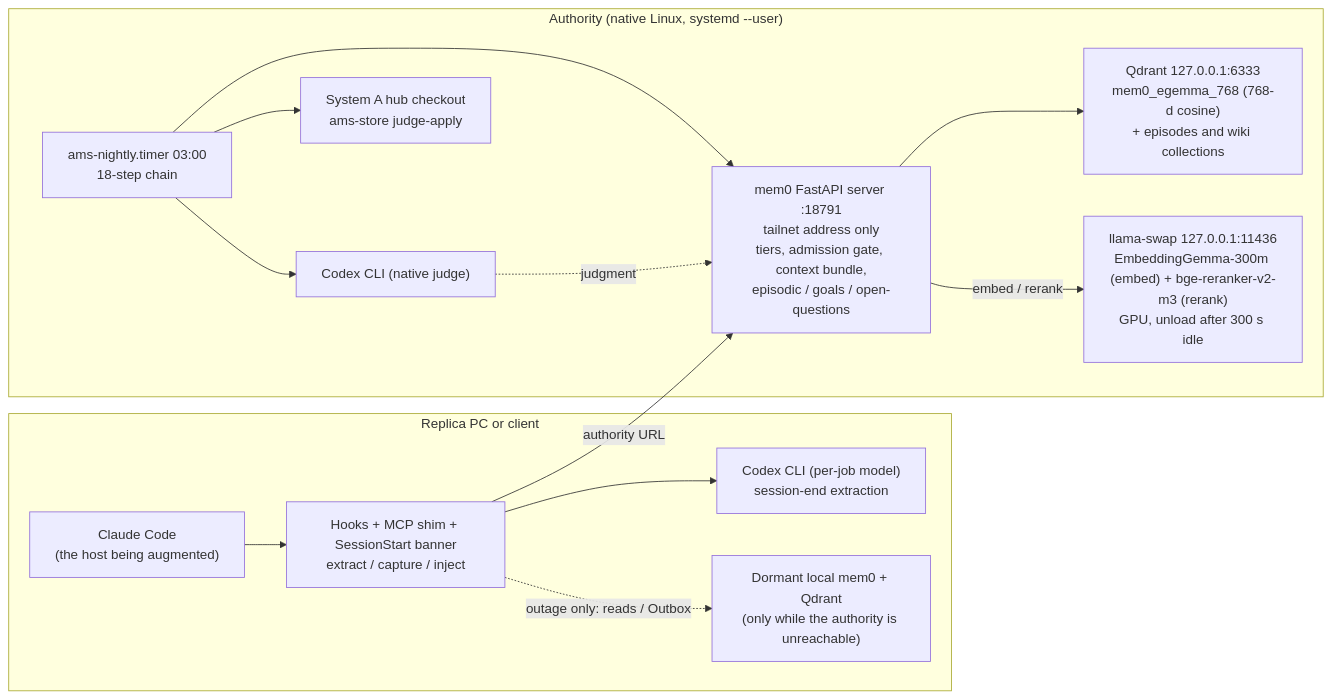
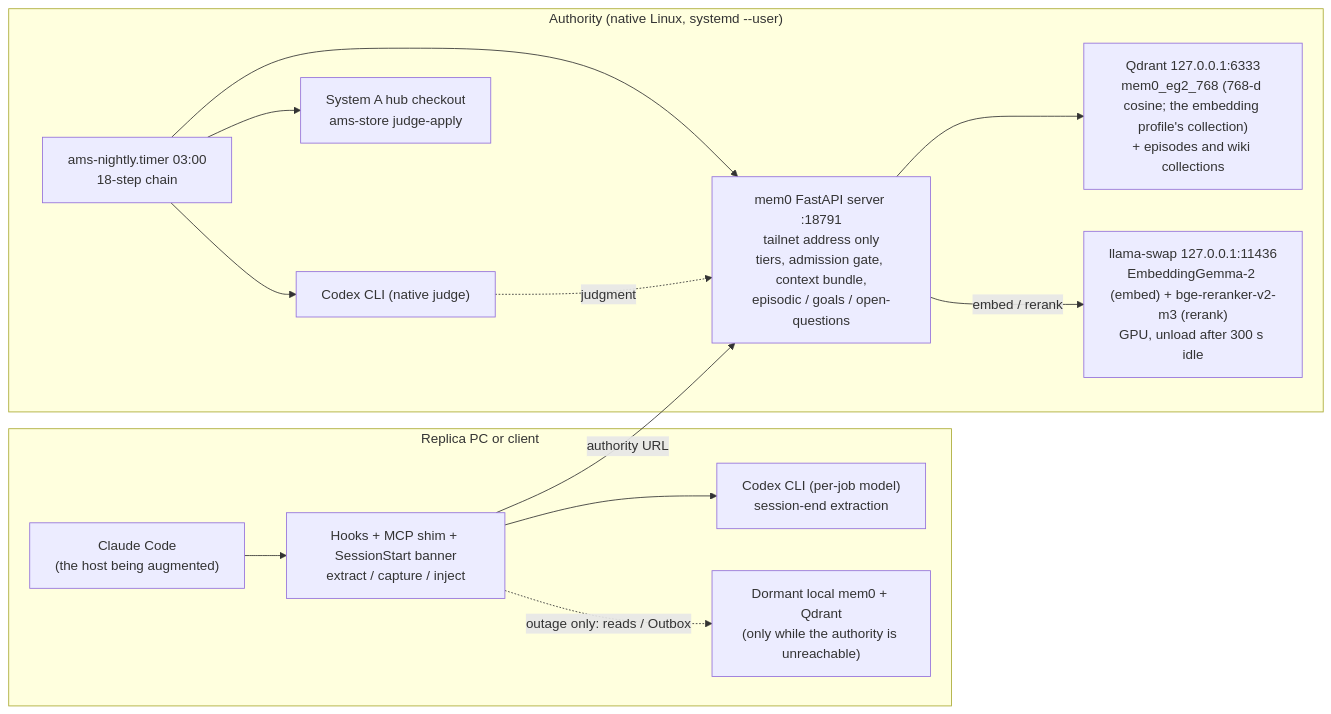
One commit to dmmdea/agentic-memory-stack-for-claude-code changed the first of 3 diagrams in ARCHITECTURE.md. Above: the diagram before and after it, drawn with Mermaid. The commit also changed other lines of this file and 12 other files, not shown here.

````diff
--- a/ARCHITECTURE.md
+++ b/ARCHITECTURE.md
@@ -29,27 +29,27 @@
 ```mermaid
 flowchart LR
     subgraph PC["Replica PC or client"]
         CC["Claude Code<br/>(the host being augmented)"]
         HOOKS["Hooks + MCP shim + SessionStart banner<br/>extract / capture / inject"]
         PCCODEX["Codex CLI (per-job model)<br/>session-end extraction"]
         DORMANT["Dormant local mem0 + Qdrant<br/>(only while the authority is unreachable)"]
     end
     subgraph AUTH["Authority (native Linux, systemd --user)"]
         MEM0["mem0 FastAPI server :18791<br/>tailnet address only<br/>tiers, admission gate, context bundle,<br/>episodic / goals / open-questions"]
-        QD["Qdrant 127.0.0.1:6333<br/>mem0_egemma_768 (768-d cosine)<br/>+ episodes and wiki collections"]
-        LS["llama-swap 127.0.0.1:11436<br/>EmbeddingGemma-300m (embed) + bge-reranker-v2-m3 (rerank)<br/>GPU, unload after 300 s idle"]
+        QD["Qdrant 127.0.0.1:6333<br/>mem0_eg2_768 (768-d cosine; the embedding profile's collection)<br/>+ episodes and wiki collections"]
+        LS["llama-swap 127.0.0.1:11436<br/>EmbeddingGemma-2 (embed) + bge-reranker-v2-m3 (rerank)<br/>GPU, unload after 300 s idle"]
         CHAIN["ams-nightly.timer 03:00<br/>18-step chain"]
         JUDGE["Codex CLI (native judge)"]
         STORE["System A hub checkout<br/>ams-store judge-apply"]
     end
     CC --> HOOKS
     HOOKS -->|"authority URL"| MEM0
     HOOKS -.->|"outage only: reads / Outbox"| DORMANT
     HOOKS --> PCCODEX
     MEM0 --> QD
     MEM0 -->|"embed / rerank"| LS
     CHAIN --> MEM0
     CHAIN --> JUDGE
     CHAIN --> STORE
     JUDGE -.->|"judgment"| MEM0
 ```
````
